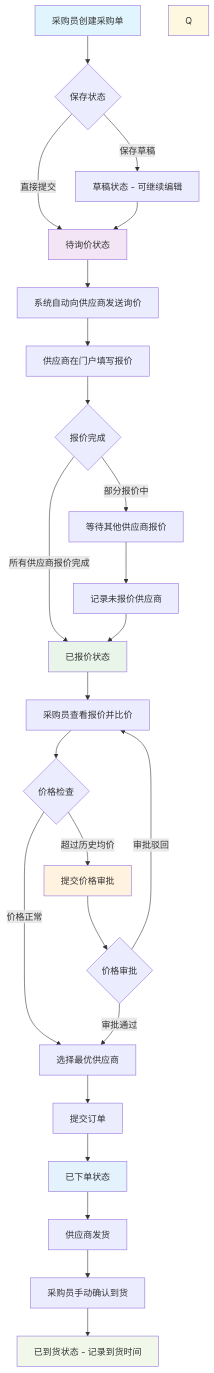
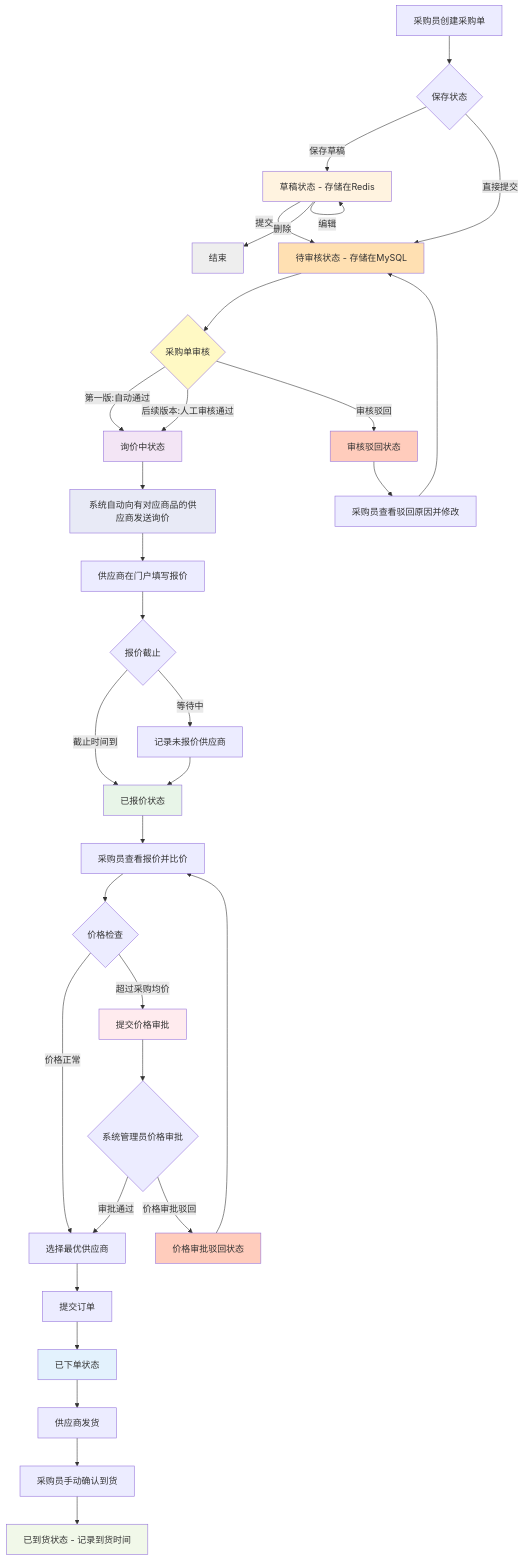
Before and after one commit to BerkMOON/ajt-purchase: the diagram in Prd.md, drawn with Mermaid. The commit also changed other lines of this file and 35 other files, not shown here.

````diff
--- a/Prd.md
+++ b/Prd.md
@@ -171,39 +640,53 @@
 ```mermaid
 graph TD
     A[采购员创建采购单] --> B{保存状态}
-    B -->|保存草稿| C[草稿状态 - 可继续编辑]
-    B -->|直接提交| D[待询价状态]
+    B -->|保存草稿| C[草稿状态 - 存储在Redis]
+    B -->|直接提交| D[待审核状态 - 存储在MySQL]
 
-    C --> D
+    C -->|编辑| C
+    C -->|提交| D
+    C -->|删除| END1[结束]
 
-    D --> E[系统自动向供应商发送询价]
-    E --> F[供应商在门户填写报价]
-    F --> G{报价完成}
-    G -->|所有供应商报价完成| H[已报价状态]
-    G -->|部分报价中| I[等待其他供应商报价]
-    I --> J[记录未报价供应商]
-    J --> H
+    D --> D1{采购单审核}
+    D1 -->|第一版:自动通过| E[询价中状态]
+    D1 -->|后续版本:人工审核通过| E
+    D1 -->|审核驳回| D2[审核驳回状态]
+    D2 --> D3[采购员查看驳回原因并修改]
+    D3 --> D
 
-    H --> K[采购员查看报价并比价]
+    E --> F[系统自动向有对应商品的供应商发送询价]
+    F --> G[供应商在门户填写报价]
+    G --> H{报价截止}
+    H -->|截止时间到| I[已报价状态]
+    H -->|等待中| J[记录未报价供应商]
+    J --> I
+
+    I --> K[采购员查看报价并比价]
     K --> L{价格检查}
     L -->|价格正常| M[选择最优供应商]
-    L -->|超过历史均价| N[提交价格审批]
-    N --> O{价格审批}
+    L -->|超过采购均价| N[提交价格审批]
+    N --> O{系统管理员价格审批}
     O -->|审批通过| M
-    O -->|审批驳回| K
+    O -->|价格审批驳回| P[价格审批驳回状态]
+    P --> K
 
-    M --> P[提交订单]
-    P --> S[已下单状态]
+    M --> Q[提交订单]
+    Q --> S[已下单状态]
 
     S --> U[供应商发货]
     U --> V[采购员手动确认到货]
     V --> W[已到货状态 - 记录到货时间]
 
-    style A fill:#e1f5fe
-    style D fill:#f3e5f5
-    style H fill:#e8f5e8
-    style N fill:#fff3e0
-    style Q fill:#fff8e1
+    style C fill:#fff3e0
+    style D fill:#ffe0b2
+    style D1 fill:#fff9c4
+    style D2 fill:#ffccbc
+    style E fill:#f3e5f5
+    style F fill:#e8eaf6
+    style I fill:#e8f5e8
+    style N fill:#ffebee
+    style P fill:#ffccbc
     style S fill:#e3f2fd
     style W fill:#f1f8e9
+    style END1 fill:#eeeeee
 ```
````
